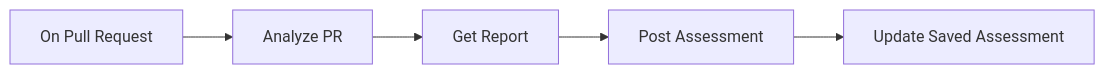
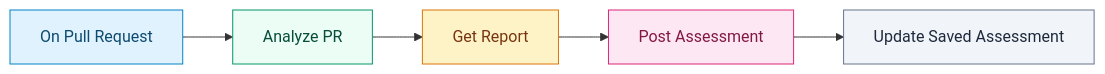
Before and after one commit to superplanehq/superplane: the first of 3 diagrams in web_src/src/pages/app/__fixtures__/repository/cleanCodeAssessment.README.md, drawn with Mermaid. The commit also changed other lines of this file and 6 other files, not shown here.

````diff
--- a/web_src/src/pages/app/__fixtures__/repository/cleanCodeAssessment.README.md
+++ b/web_src/src/pages/app/__fixtures__/repository/cleanCodeAssessment.README.md
@@ -111,7 +56,13 @@
 ```mermaid
 flowchart LR
   trigger[On Pull Request] --> analyze[Analyze PR]
   analyze --> report[Get Report]
   report --> post[Post Assessment]
   post --> memory[Update Saved Assessment]
+
+  style trigger fill:#e0f2fe,stroke:#0284c7,color:#0c4a6e
+  style analyze fill:#ecfdf5,stroke:#059669,color:#064e3b
+  style report fill:#fef3c7,stroke:#d97706,color:#78350f
+  style post fill:#fce7f3,stroke:#db2777,color:#831843
+  style memory fill:#f1f5f9,stroke:#64748b,color:#1e293b
 ```
````
